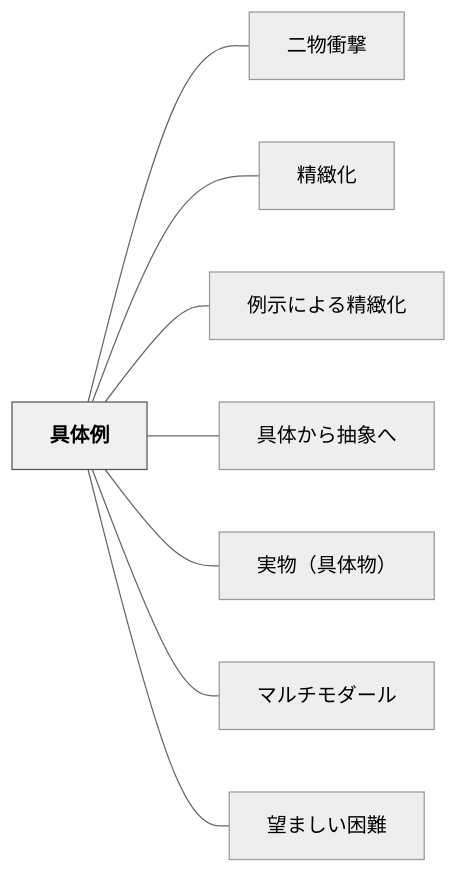
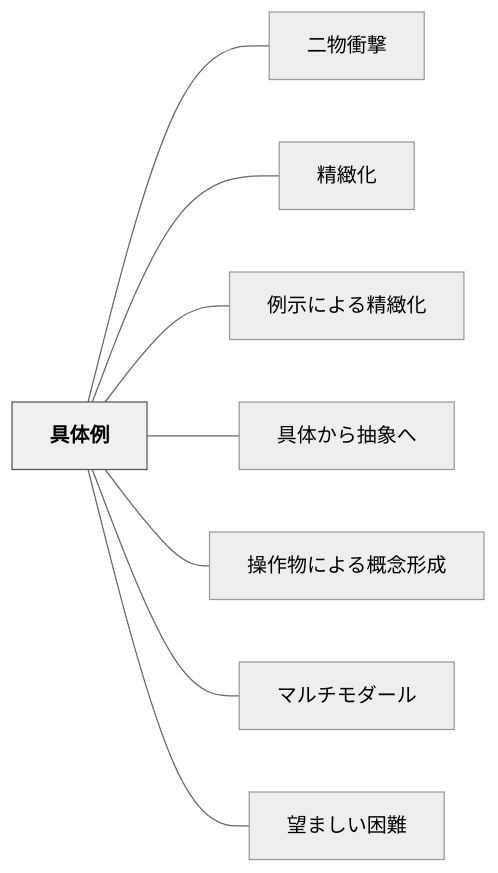
Before and after one commit to unknownthings-ed-patterns/unknownthings-ed-patterns: the diagram in content/パタン/具体例.md, drawn with Mermaid (neutral theme). The commit also changed other lines of this file and 13 other files, not shown here.

````diff
--- a/content/パタン/具体例.md
+++ b/content/パタン/具体例.md
@@ -169,22 +169,22 @@
 ```mermaid
 flowchart LR
     ne585b7e4bd93e4be8b["具体例"]
     ne4ba8ce789a9e8a19de69283["二物衝撃"]
     ne7b2bee7b7bbe58c96["精緻化"]
     ne4be8be7a4bae381abe38288e3828be7b2bee7b7bbe58c96["例示による精緻化"]
     ne585b7e4bd93e3818be38289e68abde8b1a1e381b8["具体から抽象へ"]
-    ne5ae9fe789a9efbc88e585b7e4bd93e789a9efbc89["実物（具体物）"]
+    ne6938de4bd9ce789a9e381abe38288e3828be6a682e5bfb5e5bda2e68890["操作物による概念形成"]
     ne3839ee383abe38381e383a2e38380e383bce383ab["マルチモダール"]
     ne69c9be381bee38197e38184e59bb0e99ba3["望ましい困難"]
 
     ne585b7e4bd93e4be8b --- ne4ba8ce789a9e8a19de69283
     ne585b7e4bd93e4be8b --- ne7b2bee7b7bbe58c96
     ne585b7e4bd93e4be8b --- ne4be8be7a4bae381abe38288e3828be7b2bee7b7bbe58c96
     ne585b7e4bd93e4be8b --- ne585b7e4bd93e3818be38289e68abde8b1a1e381b8
-    ne585b7e4bd93e4be8b --- ne5ae9fe789a9efbc88e585b7e4bd93e789a9efbc89
+    ne585b7e4bd93e4be8b --- ne6938de4bd9ce789a9e381abe38288e3828be6a682e5bfb5e5bda2e68890
     ne585b7e4bd93e4be8b --- ne3839ee383abe38381e383a2e38380e383bce383ab
     ne585b7e4bd93e4be8b --- ne69c9be381bee38197e38184e59bb0e99ba3
 
     classDef hub fill:#f0f0f0,stroke:#555,color:#000,font-weight:bold
     class ne585b7e4bd93e4be8b hub
 ```
````
